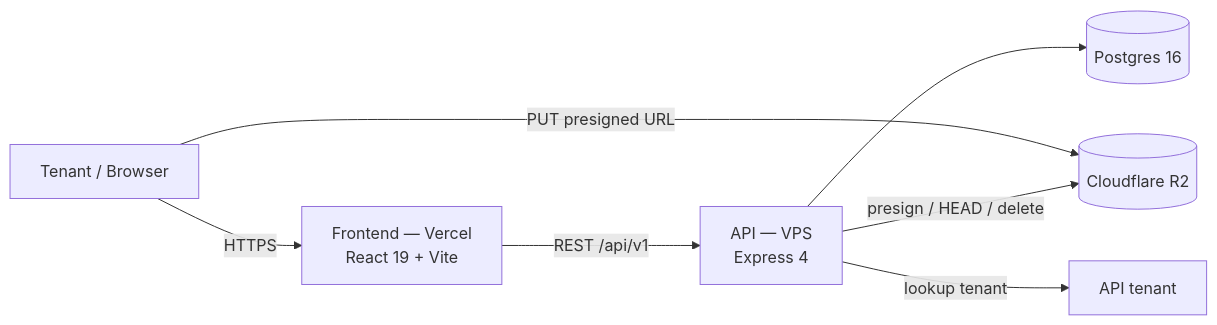
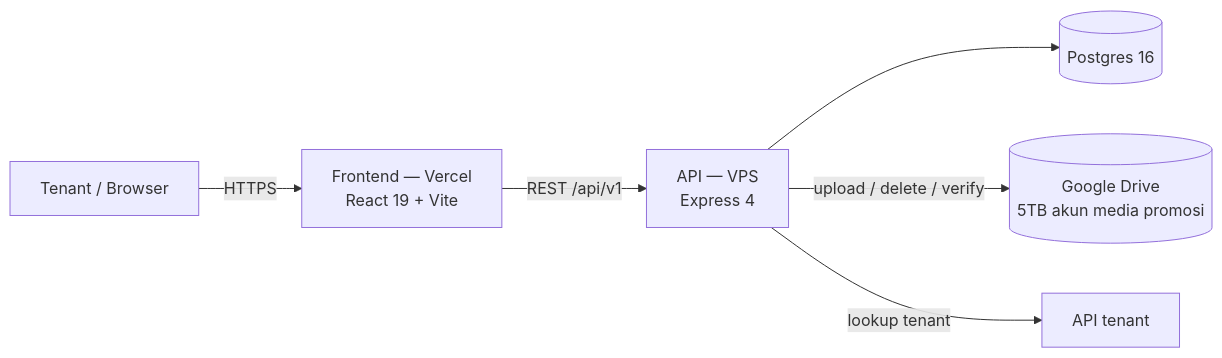
One commit to andsfx/medprom-metmal changed the diagram in README.md. Above: the diagram before and after it, drawn with Mermaid. The commit also changed other lines of this file and 23 other files, not shown here.

First line of the commit message:
feat(storage): migrasi R2 ke Google Drive v1.1.0

````diff
--- a/README.md
+++ b/README.md
@@ -49,9 +49,8 @@
 ```mermaid
 flowchart LR
   T[Tenant / Browser] -->|HTTPS| V["Frontend — Vercel<br/>React 19 + Vite"]
   V -->|"REST /api/v1"| A["API — VPS<br/>Express 4"]
-  T -->|"PUT presigned URL"| R[("Cloudflare R2")]
   A --> P[("Postgres 16")]
-  A -->|"presign / HEAD / delete"| R
+  A -->|"upload / delete / verify"| D[("Google Drive<br/>5TB akun media promosi")]
   A -->|"lookup tenant"| M["API tenant"]
 ```
````
